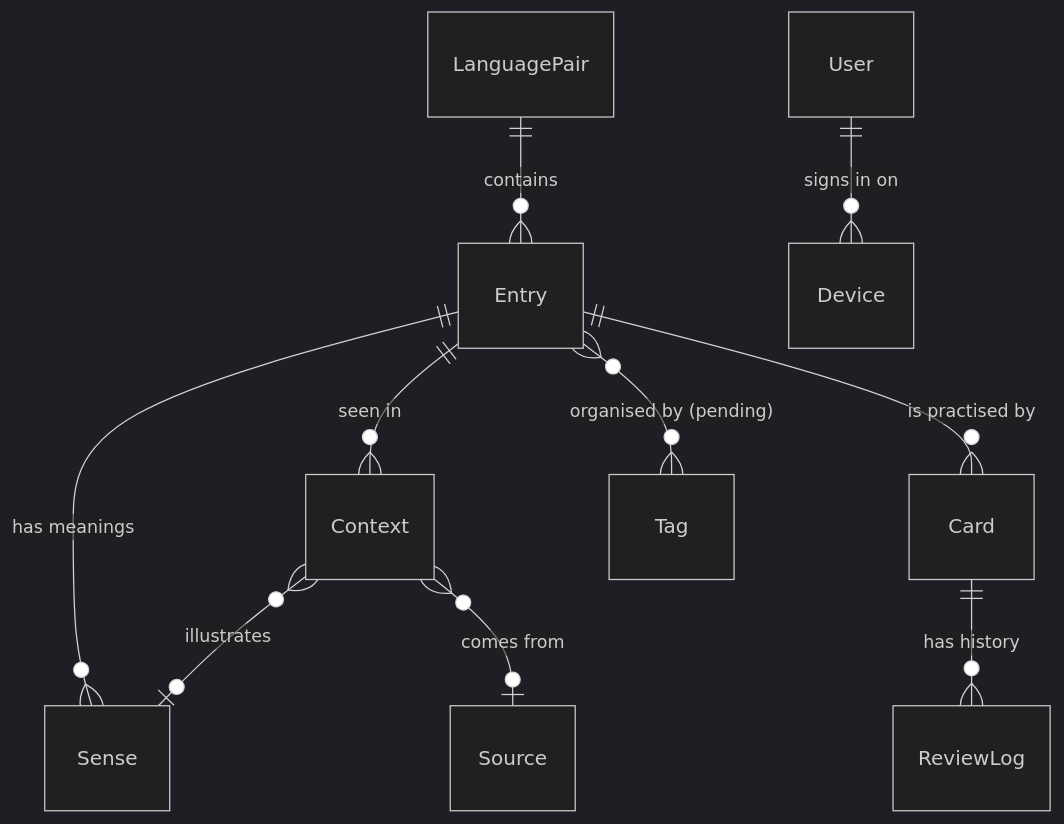
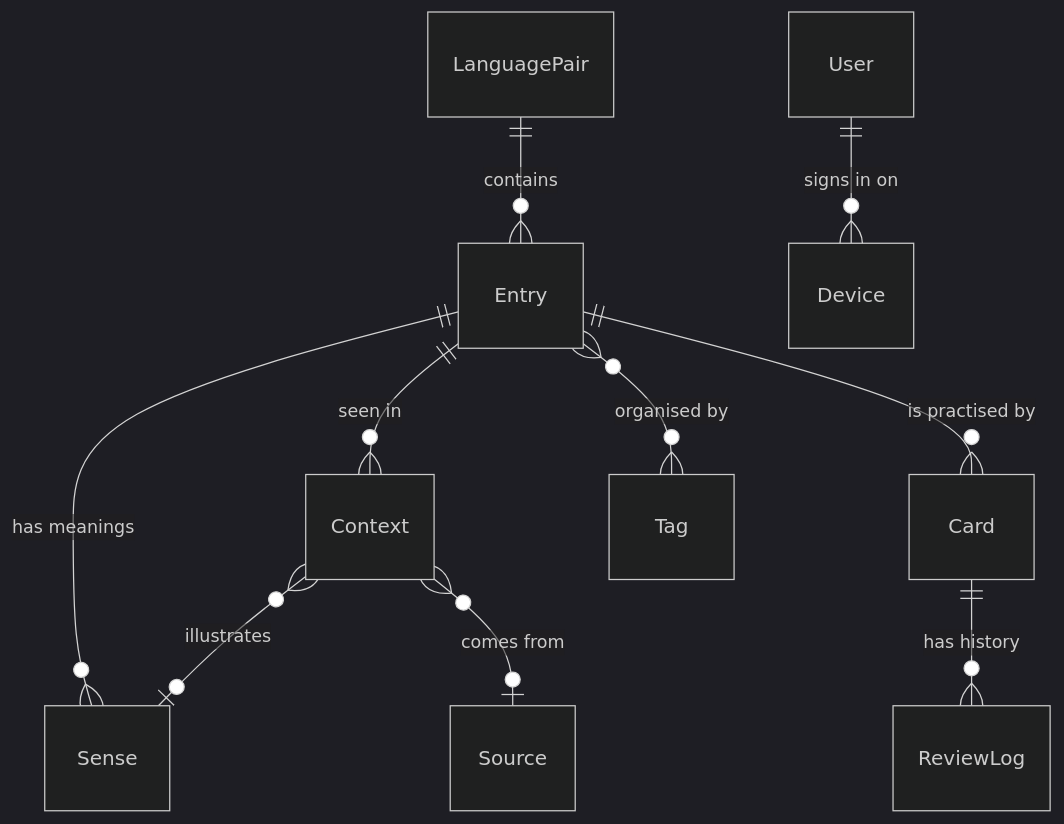
The first of 2 diagrams in docs/product/domain-model.md (torminen/toriwords), drawn with Mermaid (dark theme) before and after one commit. The commit also changed other lines of this file and 18 other files, not shown here.

````diff
--- a/docs/product/domain-model.md
+++ b/docs/product/domain-model.md
@@ -13,12 +15,12 @@
 ```mermaid
 erDiagram
   LanguagePair ||--o{ Entry : contains
   Entry ||--o{ Sense : "has meanings"
   Entry ||--o{ Context : "seen in"
   Context }o--o| Source : "comes from"
   Context }o--o| Sense : "illustrates"
   Entry ||--o{ Card : "is practised by"
   Card ||--o{ ReviewLog : "has history"
-  Entry }o--o{ Tag : "organised by (pending)"
+  Entry }o--o{ Tag : "organised by"
   User ||--o{ Device : "signs in on"
 ```
````
